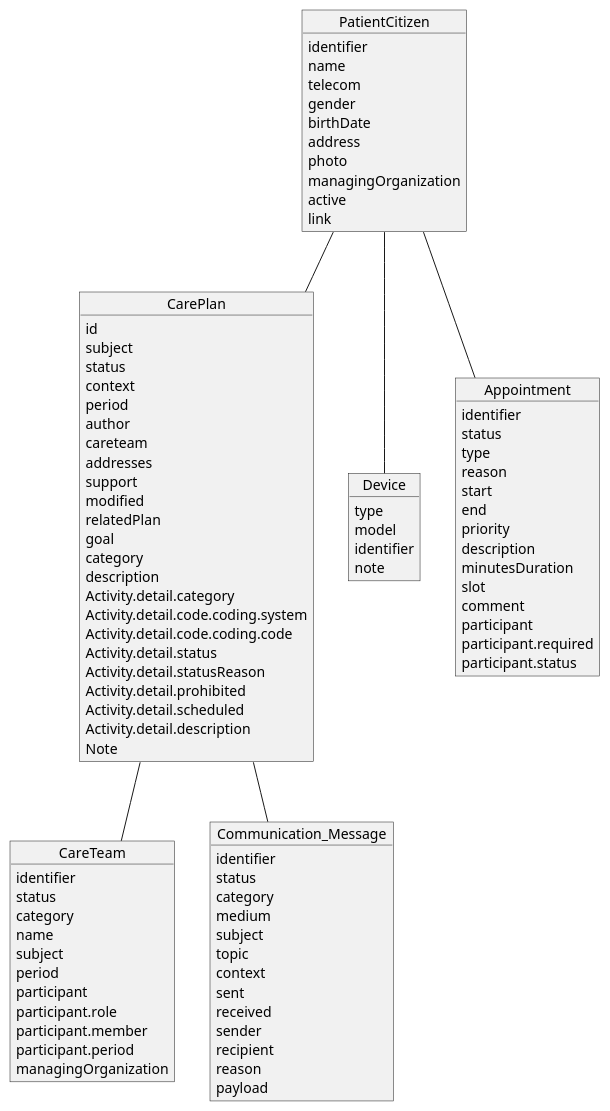
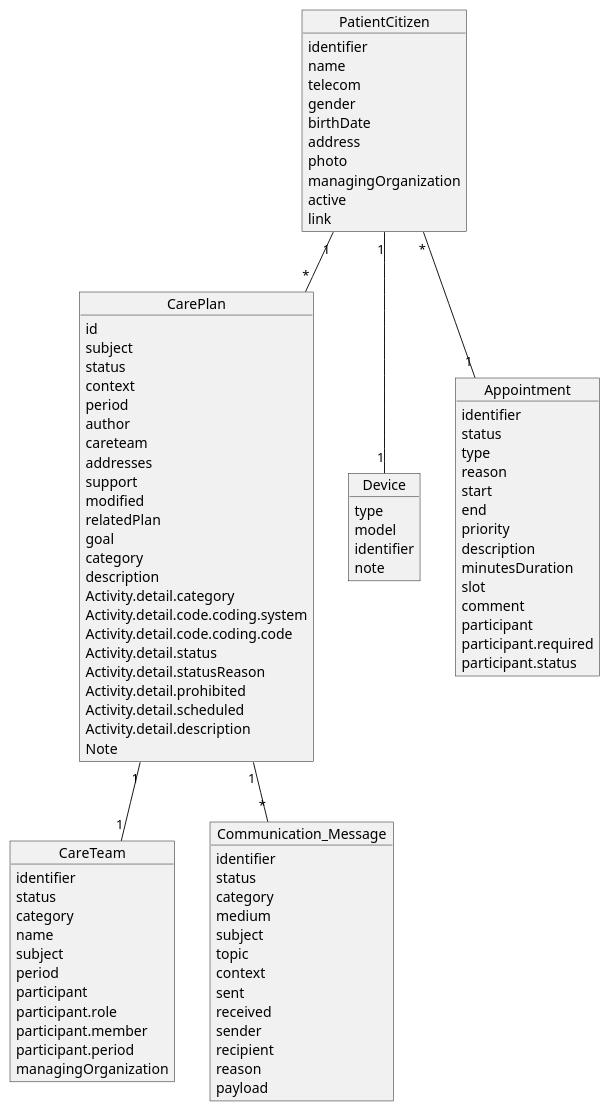
The diagram in PLANTUML_Diagrams/Resources.plantuml (omahoito/rfc), drawn with PlantUML before and after one commit.

```diff
--- a/PLANTUML_Diagrams/Resources.plantuml
+++ b/PLANTUML_Diagrams/Resources.plantuml
@@ -1,103 +1,103 @@
 @startuml
 object PatientCitizen{
     identifier
     name
     telecom
     gender
     birthDate
     address
     photo
     managingOrganization
     active
     link
 }
 
 object CareTeam{
     identifier
     status
     category
     name
     subject
     period
     participant
     participant.role
     participant.member
     participant.period
     managingOrganization
 }
 
 object CarePlan{
     id
     subject
     status
     context
     period
     author
     careteam
     addresses
     support
     modified
     relatedPlan
     goal
     category
     description
     Activity.detail.category
     Activity.detail.code.coding.system
     Activity.detail.code.coding.code
     Activity.detail.status
     Activity.detail.statusReason
     Activity.detail.prohibited
     Activity.detail.scheduled
     Activity.detail.description
     Note
 }
 
 
 object Communication_Message{
     identifier
     status
     category
     medium
     subject
     topic
     context
     sent
     received
     sender
     recipient
     reason
     payload    
 }
 
 object Device{
     type
     model
     identifier
     note
 }
 
 object Appointment{
     identifier
     status
     type
     reason
     start
     end
     priority
     description
     minutesDuration
     slot
     comment
     participant
     participant.required
     participant.status
 }
 
-PatientCitizen -- Device
-PatientCitizen -- Appointment
+PatientCitizen "1" -- "1" Device
+PatientCitizen "*" -- "1" Appointment
 
-PatientCitizen -- CarePlan
+PatientCitizen "1" -- "*" CarePlan
 
-CarePlan -- CareTeam
-CarePlan -- Communication_Message
+CarePlan "1" -- "1" CareTeam
+CarePlan "1" -- "*" Communication_Message
 @enduml
```
